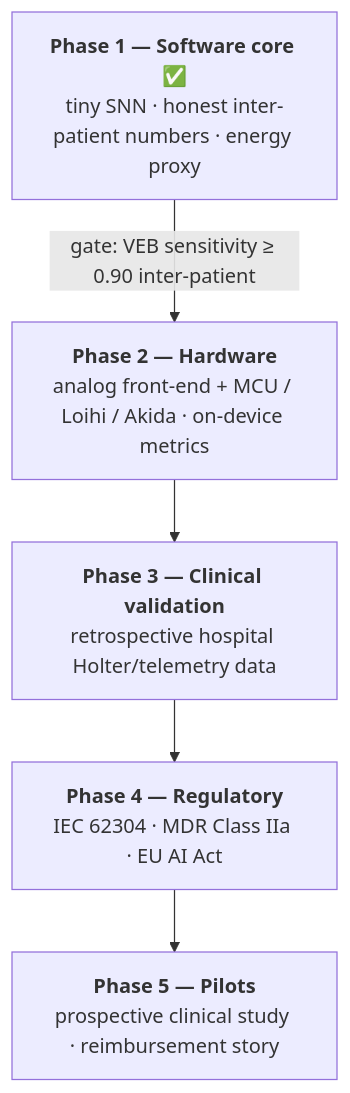
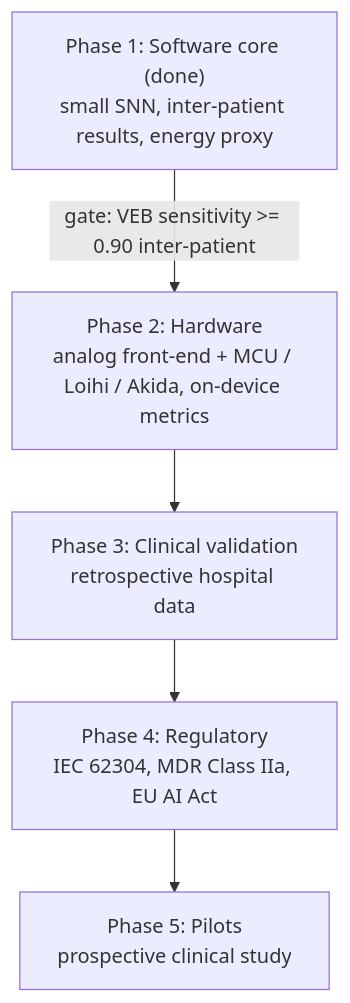
One commit to Talch87/neuro-beat changed the second of 2 diagrams in README.md. Above: the diagram before and after it, drawn with Mermaid. The commit also changed other lines of this file and 1 other file, not shown here.

````diff
--- a/README.md
+++ b/README.md
@@ -135,9 +119,9 @@
 ```mermaid
 flowchart TD
-    P1["<b>Phase 1 — Software core</b> ✅<br/>tiny SNN · honest inter-patient numbers · energy proxy"]
-    P2["<b>Phase 2 — Hardware</b><br/>analog front-end + MCU / Loihi / Akida · on-device metrics"]
-    P3["<b>Phase 3 — Clinical validation</b><br/>retrospective hospital Holter/telemetry data"]
-    P4["<b>Phase 4 — Regulatory</b><br/>IEC 62304 · MDR Class IIa · EU AI Act"]
-    P5["<b>Phase 5 — Pilots</b><br/>prospective clinical study · reimbursement story"]
-    P1 -->|"gate: VEB sensitivity ≥ 0.90 inter-patient"| P2 --> P3 --> P4 --> P5
+    P1["Phase 1: Software core (done)<br/>small SNN, inter-patient results, energy proxy"]
+    P2["Phase 2: Hardware<br/>analog front-end + MCU / Loihi / Akida, on-device metrics"]
+    P3["Phase 3: Clinical validation<br/>retrospective hospital data"]
+    P4["Phase 4: Regulatory<br/>IEC 62304, MDR Class IIa, EU AI Act"]
+    P5["Phase 5: Pilots<br/>prospective clinical study"]
+    P1 -->|"gate: VEB sensitivity >= 0.90 inter-patient"| P2 --> P3 --> P4 --> P5
 ```
````
